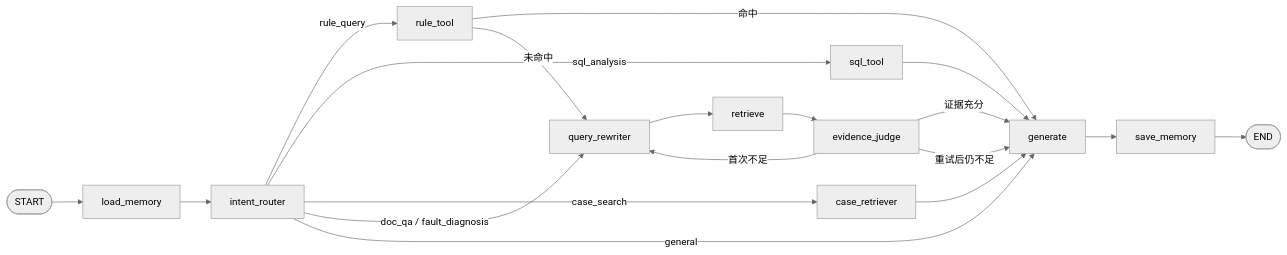
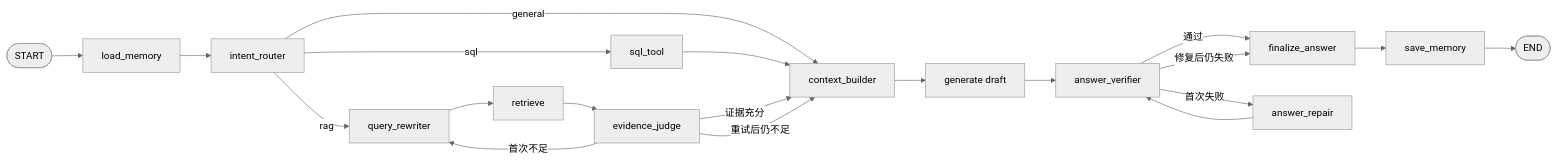
The second of 5 diagrams in docs/architecture.md (nwxshm-ylj/Industrial-Quality-Agentic-RAG-Assistant), drawn with Mermaid (neutral theme) before and after one commit. The commit also changed other lines of this file and 157 other files, not shown here.

````diff
--- a/docs/architecture.md
+++ b/docs/architecture.md
@@ -94,21 +92,22 @@
 ```mermaid
 flowchart LR
     S([START]) --> LM[load_memory]
     LM --> IR[intent_router]
-    IR -->|rule_query| RT[rule_tool]
-    IR -->|sql_analysis| ST[sql_tool]
-    IR -->|case_search| CR[case_retriever]
-    IR -->|doc_qa / fault_diagnosis| QR[query_rewriter]
-    IR -->|general| G[generate]
-    RT -->|命中| G
-    RT -->|未命中| QR
-    ST --> G
-    CR --> G
+    IR -->|sql| ST[sql_tool]
+    IR -->|rag| QR[query_rewriter]
+    IR -->|general| CB[context_builder]
+    ST --> CB
     QR --> R[retrieve]
     R --> EJ[evidence_judge]
-    EJ -->|证据充分| G
+    EJ -->|证据充分| CB
     EJ -->|首次不足| QR
-    EJ -->|重试后仍不足| G
-    G --> SM[save_memory]
+    EJ -->|重试后仍不足| CB
+    CB --> G[generate draft]
+    G --> AV[answer_verifier]
+    AV -->|通过| F[finalize_answer]
+    AV -->|首次失败| AR[answer_repair]
+    AR --> AV
+    AV -->|修复后仍失败| F
+    F --> SM[save_memory]
     SM --> E([END])
 ```
````
